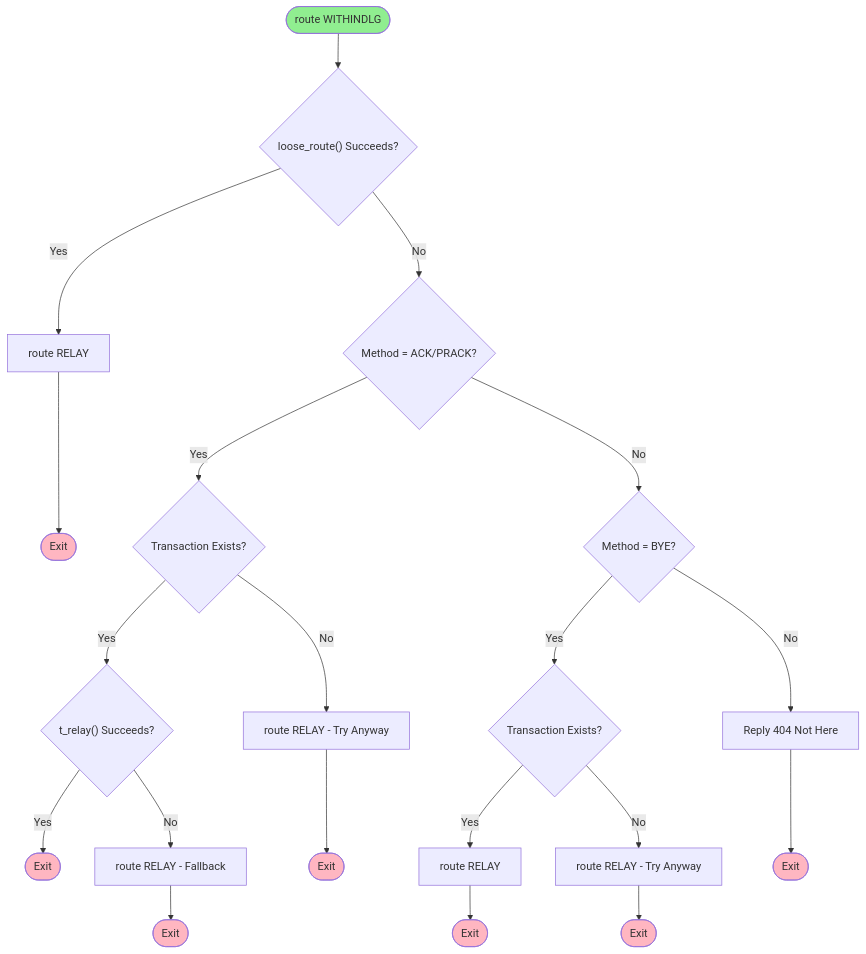
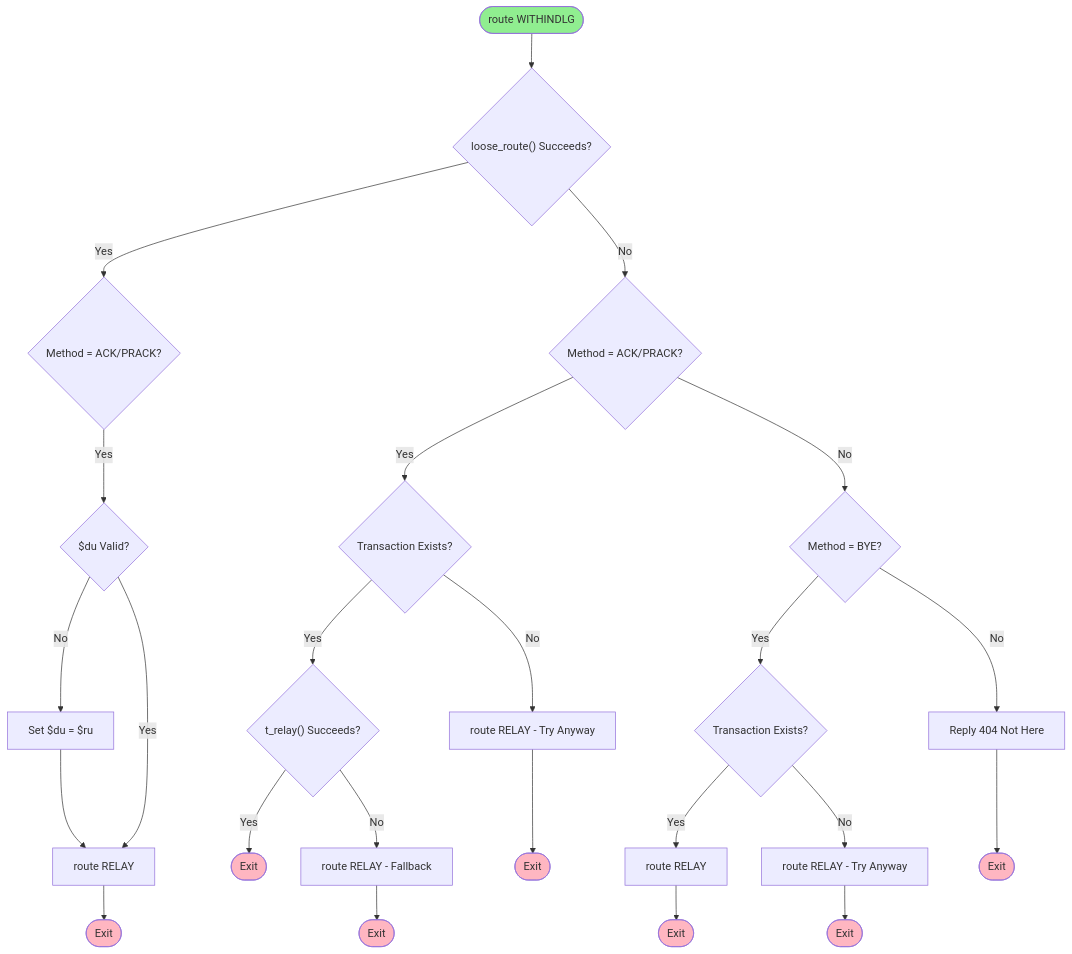
One commit to aelintra/pbx3sbc changed the fifth of 13 diagrams in docs/OPENSIPS-LOGIC-DIAGRAM.md. Above: the diagram before and after it, drawn with Mermaid. The commit also changed other lines of this file, not shown here.

First line of the commit message:
Update OpenSIPS logic diagram to reflect ACK relay fix and optimizations

````diff
--- a/docs/OPENSIPS-LOGIC-DIAGRAM.md
+++ b/docs/OPENSIPS-LOGIC-DIAGRAM.md
@@ -164,31 +164,36 @@
 ```mermaid
 flowchart TD
     Start([route WITHINDLG]) --> TryLooseRoute{"loose_route() Succeeds?"}
-    TryLooseRoute -->|Yes| Relay1[route RELAY]
-    TryLooseRoute -->|No| CheckACKPRACK{"Method = ACK/PRACK?"}
-    CheckACKPRACK -->|Yes| CheckTrans1{Transaction Exists?}
-    CheckACKPRACK -->|No| CheckBYE{"Method = BYE?"}
+    TryLooseRoute -->|Yes| CheckACKPRACK1{"Method = ACK/PRACK?"}
+    CheckACKPRACK1 -->|Yes| ValidateDU{$du Valid?}
+    ValidateDU -->|No| SetDUFromRU[Set $du = $ru]
+    ValidateDU -->|Yes| Relay1[route RELAY]
+    SetDUFromRU --> Relay1
+    TryLooseRoute -->|No| CheckACKPRACK2{"Method = ACK/PRACK?"}
+    CheckACKPRACK2 -->|Yes| CheckTrans1{Transaction Exists?}
+    CheckACKPRACK2 -->|No| CheckBYE{"Method = BYE?"}
+    
     CheckBYE -->|Yes| CheckTrans2{Transaction Exists?}
     CheckBYE -->|No| Reply404[Reply 404 Not Here]
     CheckTrans1 -->|Yes| TryTRelay{"t_relay() Succeeds?"}
     CheckTrans1 -->|No| Relay2[route RELAY - Try Anyway]
     TryTRelay -->|Yes| End1([Exit])
     TryTRelay -->|No| Relay3[route RELAY - Fallback]
     CheckTrans2 -->|Yes| Relay4[route RELAY]
     CheckTrans2 -->|No| Relay5[route RELAY - Try Anyway]
     Relay1 --> End2([Exit])
     Relay2 --> End3([Exit])
     Relay3 --> End4([Exit])
     Relay4 --> End5([Exit])
     Relay5 --> End6([Exit])
     Reply404 --> End7([Exit])
     
     style Start fill:#90EE90
     style End1 fill:#FFB6C1
     style End2 fill:#FFB6C1
     style End3 fill:#FFB6C1
     style End4 fill:#FFB6C1
     style End5 fill:#FFB6C1
     style End6 fill:#FFB6C1
     style End7 fill:#FFB6C1
 ```
````
